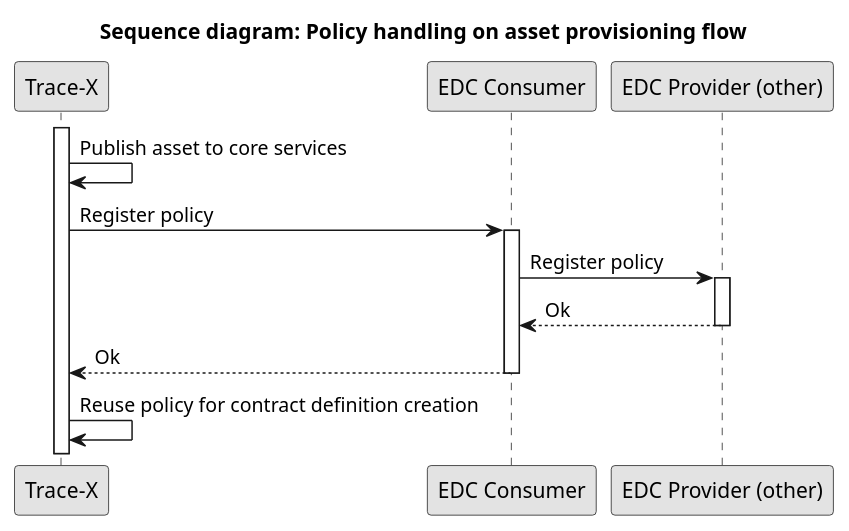
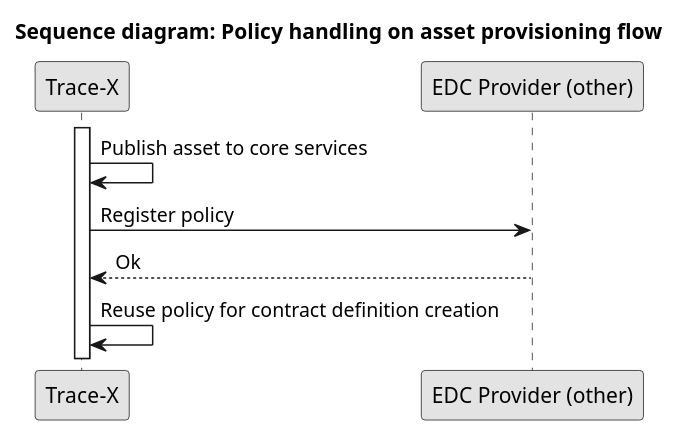
Before and after one commit to eclipse-tractusx/traceability-foss: the diagram in docs/src/uml-diagrams/arc42/runtime-view/policies/policy-assets.puml, drawn with PlantUML.

Commit message:
chore(feature): 616 - Adapt policy doc.

```diff
--- a/docs/src/uml-diagrams/arc42/runtime-view/policies/policy-assets.puml
+++ b/docs/src/uml-diagrams/arc42/runtime-view/policies/policy-assets.puml
@@ -1,22 +1,15 @@
 @startuml
 skinparam monochrome true
 skinparam shadowing false
 skinparam defaultFontName "Architects daughter"
 
 title Sequence diagram: Policy handling on asset provisioning flow
 participant "Trace-X" as TraceX
-participant "EDC Consumer" as EdcConsumer
 participant "EDC Provider (other)" as EdcProvider
 
 activate TraceX
 TraceX -> TraceX: Publish asset to core services
-TraceX -> EdcConsumer: Register policy
-activate EdcConsumer
-EdcConsumer -> EdcProvider: Register policy
-activate EdcProvider
-EdcProvider --> EdcConsumer: Ok
-deactivate EdcProvider
-EdcConsumer --> TraceX: Ok
-deactivate EdcConsumer
+TraceX -> EdcProvider: Register policy
+EdcProvider --> TraceX: Ok
 TraceX -> TraceX: Reuse policy for contract definition creation
 @enduml
```
